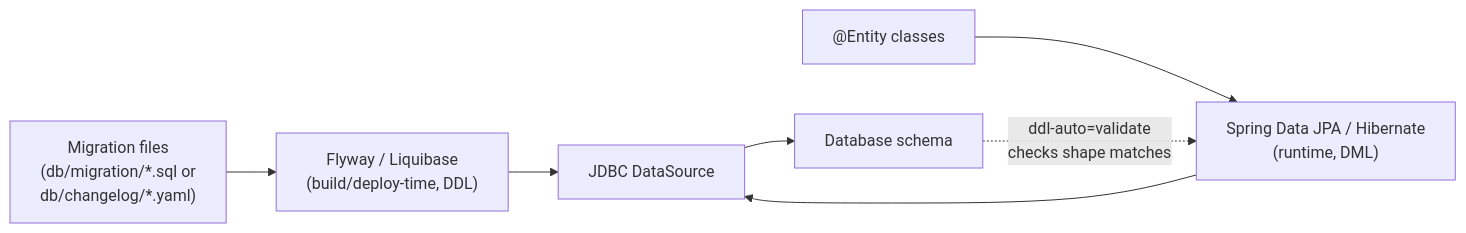
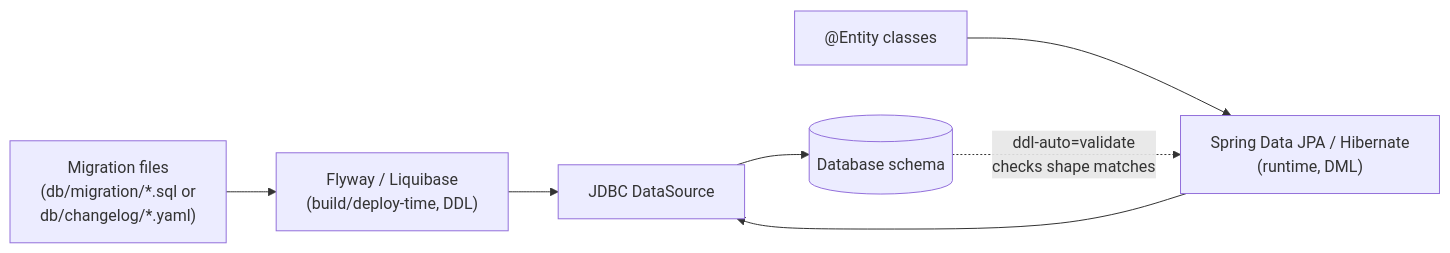
Before and after one commit to rppol/system-design: the first of 6 diagrams in src/main/java/com/rutik/systemdesign/spring/database_migrations/README.md, drawn with Mermaid.

Commit message:
chore(diagrams): product logos + ascii sweep in database_migrations/README.md

````diff
--- a/src/main/java/com/rutik/systemdesign/spring/database_migrations/README.md
+++ b/src/main/java/com/rutik/systemdesign/spring/database_migrations/README.md
@@ -11,10 +11,10 @@
 ```mermaid
 flowchart LR
     A["Migration files\n(db/migration/*.sql or\ndb/changelog/*.yaml)"] --> B["Flyway / Liquibase\n(build/deploy-time, DDL)"]
     B --> C["JDBC DataSource"]
-    C --> D["Database schema"]
+    C --> D[("Database schema")]
     E["@Entity classes"] --> F["Spring Data JPA / Hibernate\n(runtime, DML)"]
     F --> C
 
     D -.->|"ddl-auto=validate\nchecks shape matches"| F
 ```
````
